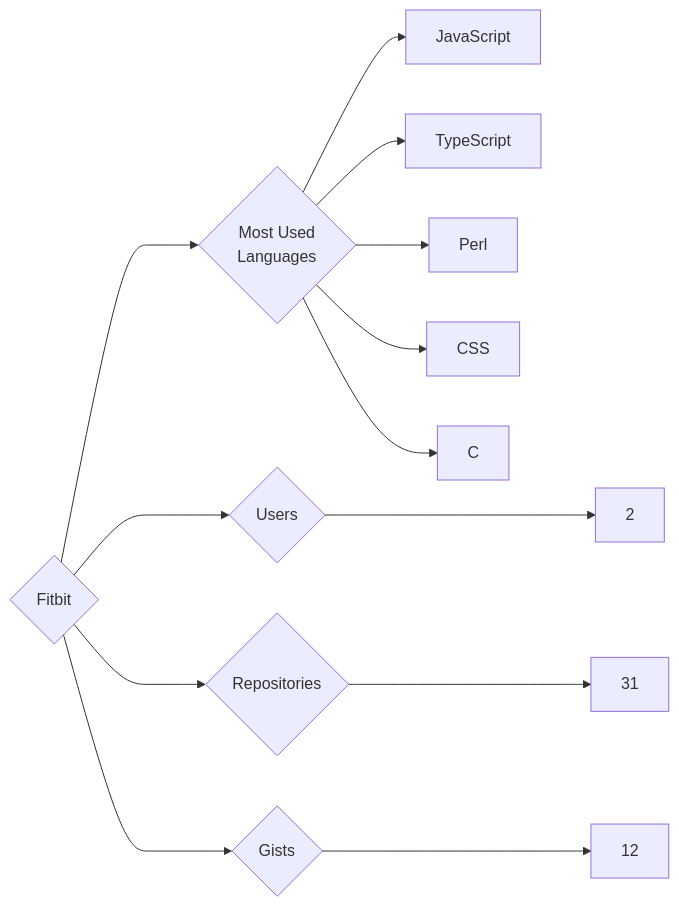
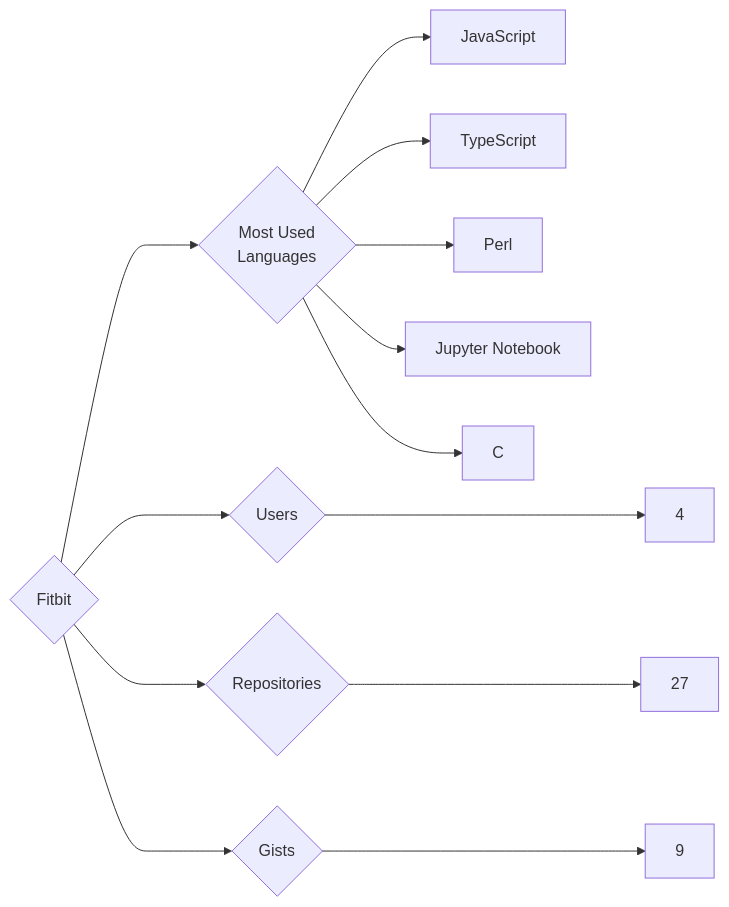
Before and after one commit to trickest/insiders: the diagram in targets/Fitbit/README.md, drawn with Mermaid. The commit also changed 942 other files, not shown here.

````diff
--- a/targets/Fitbit/README.md
+++ b/targets/Fitbit/README.md
@@ -3,13 +3,13 @@
 ```mermaid
 graph LR
 COMPANY_NAME{Fitbit}
-COMPANY_NAME ---> U{Users} ---> UN[2]
-COMPANY_NAME ---> R{Repositories} ---> RN[31]
-COMPANY_NAME ---> G{Gists} ---> GN[12]
+COMPANY_NAME ---> U{Users} ---> UN[4]
+COMPANY_NAME ---> R{Repositories} ---> RN[27]
+COMPANY_NAME ---> G{Gists} ---> GN[9]
 COMPANY_NAME ---> ML{Most Used<br>Languages}
 ML --> JavaScript[JavaScript]
 ML --> TypeScript[TypeScript]
 ML --> Perl[Perl]
-ML --> CSS[CSS]
+ML --> Jupyter_Notebook[Jupyter Notebook]
 ML --> C[C]
 ```
````
